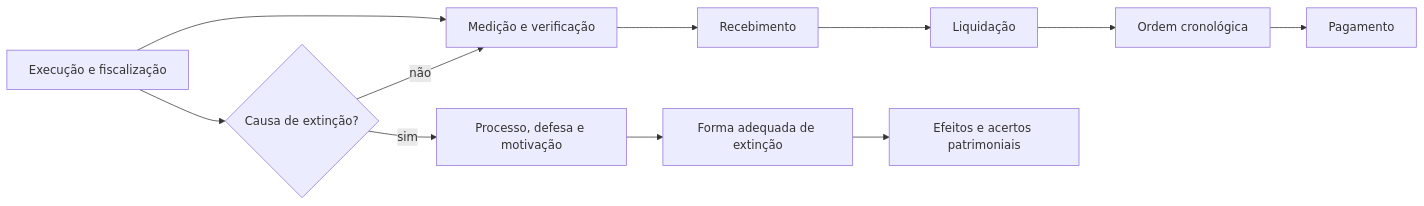
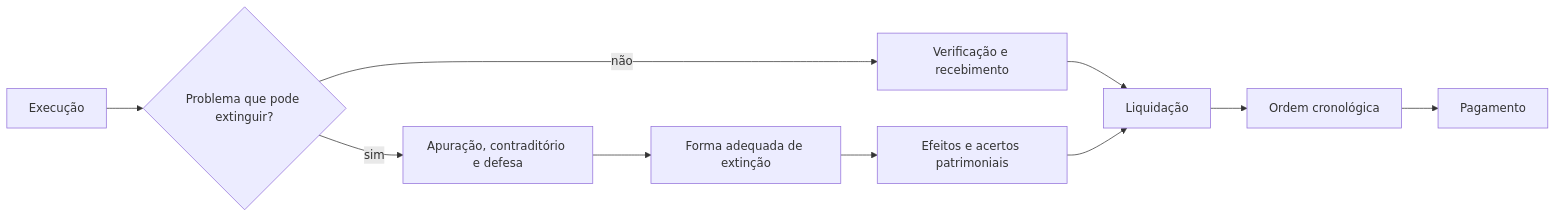
One commit to insign/concursos changed the diagram in src/content/biblioteca/gestao-contratos/extincao-recebimento-pagamento/conteudo.md. Above: the diagram before and after it, drawn with Mermaid. The commit also changed other lines of this file, not shown here.

Commit message:
Revisa pedagogicamente extinção, recebimento e pagamento

````diff
--- a/src/content/biblioteca/gestao-contratos/extincao-recebimento-pagamento/conteudo.md
+++ b/src/content/biblioteca/gestao-contratos/extincao-recebimento-pagamento/conteudo.md
@@ -230,13 +222,12 @@
 ```mermaid
 flowchart LR
-    E[Execução e fiscalização] --> M[Medição e verificação]
-    M --> R[Recebimento]
-    R --> L[Liquidação]
+    E[Execução] --> Q{Problema que pode extinguir?}
+    Q -- não --> V[Verificação e recebimento]
+    V --> L[Liquidação]
     L --> O[Ordem cronológica]
     O --> P[Pagamento]
-    E --> C{Causa de extinção?}
-    C -- não --> M
-    C -- sim --> D[Processo, defesa e motivação]
-    D --> F[Forma adequada de extinção]
+    Q -- sim --> A[Apuração, contraditório e defesa]
+    A --> F[Forma adequada de extinção]
     F --> X[Efeitos e acertos patrimoniais]
+    X --> L
 ```
````
